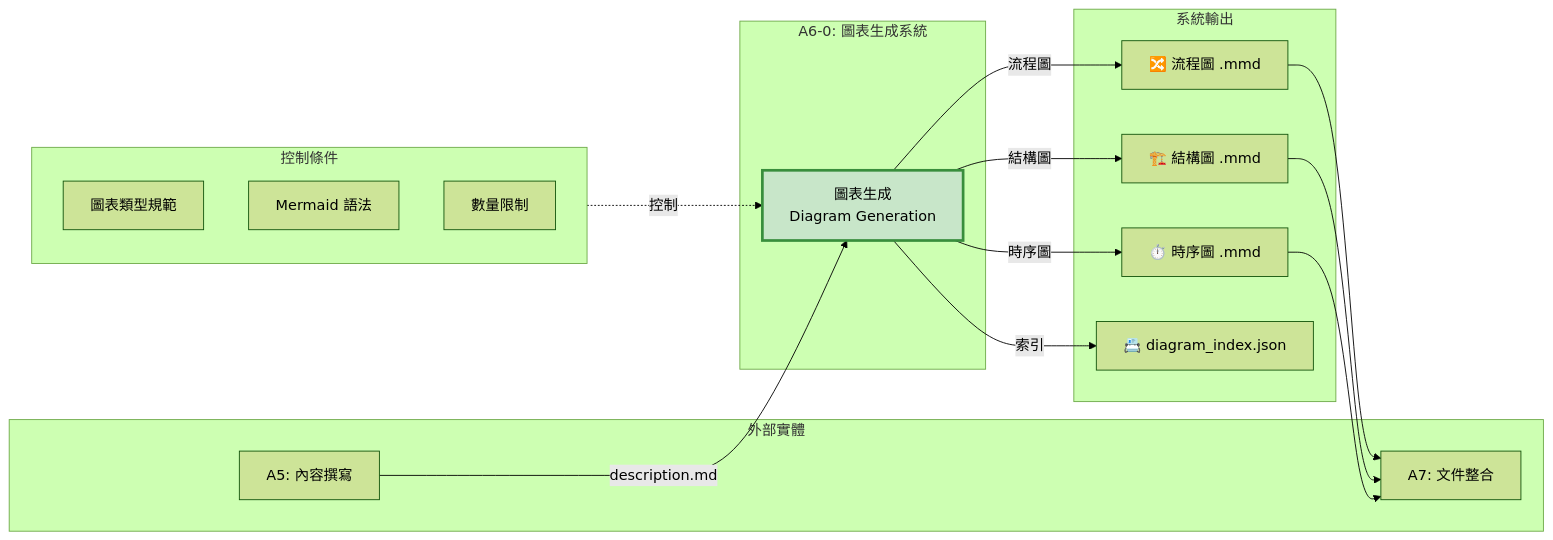
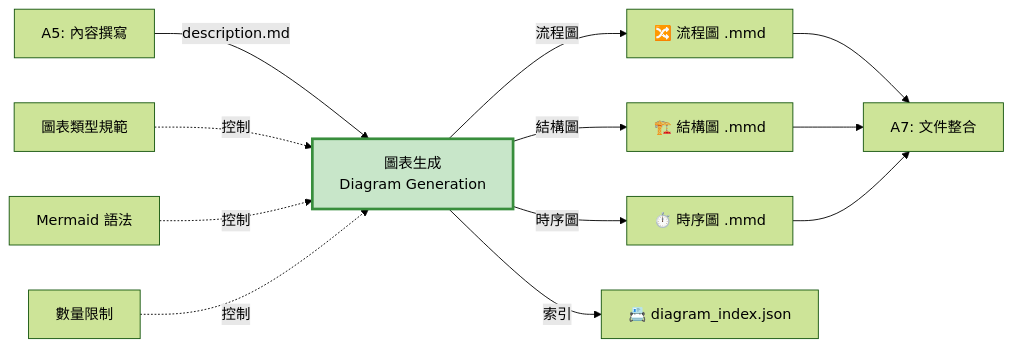
Before and after one commit to Raw1mage/PatentDrafter: the first of 4 diagrams in docs/A6_Diagram_Generation_IDEF0.md, drawn with Mermaid (forest theme). The commit also changed other lines of this file and 13 other files, not shown here.

First line of the commit message:
修復所有 Mermaid 圖表語法問題

````diff
--- a/docs/A6_Diagram_Generation_IDEF0.md
+++ b/docs/A6_Diagram_Generation_IDEF0.md
@@ -28,38 +28,29 @@
 ```mermaid
-graph LR
-    subgraph External["外部實體"]
-        A5["A5: 內容撰寫"]
-        A7["A7: 文件整合"]
-    end
-
-    subgraph A6_System["A6-0: 圖表生成系統"]
-        A6["圖表生成<br/>Diagram Generation"]
-    end
-
-    subgraph Controls["控制條件"]
-        DiagramRules["圖表類型規範"]
-        MermaidSyntax["Mermaid 語法"]
-        Quantity["數量限制"]
-    end
-
-    subgraph Outputs["系統輸出"]
-        Flowcharts["🔀 流程圖 .mmd"]
-        Structural["🏗️ 結構圖 .mmd"]
-        Sequence["⏱️ 時序圖 .mmd"]
-        Index["📇 diagram_index.json"]
-    end
+flowchart LR
+    A5["A5: 內容撰寫"]
+    A7["A7: 文件整合"]
+    A6["圖表生成<br/>Diagram Generation"]
+    DiagramRules["圖表類型規範"]
+    MermaidSyntax["Mermaid 語法"]
+    Quantity["數量限制"]
+    Flowcharts["🔀 流程圖 .mmd"]
+    Structural["🏗️ 結構圖 .mmd"]
+    Sequence["⏱️ 時序圖 .mmd"]
+    Index["📇 diagram_index.json"]
 
     A5 -->|description.md| A6
-    Controls -.控制.-> A6
+    DiagramRules -.控制.-> A6
+    MermaidSyntax -.控制.-> A6
+    Quantity -.控制.-> A6
 
     A6 -->|流程圖| Flowcharts
     A6 -->|結構圖| Structural
     A6 -->|時序圖| Sequence
     A6 -->|索引| Index
 
     Flowcharts --> A7
     Structural --> A7
     Sequence --> A7
 
     style A6 fill:#C8E6C9,stroke:#388E3C,stroke-width:3px
 ```
````
